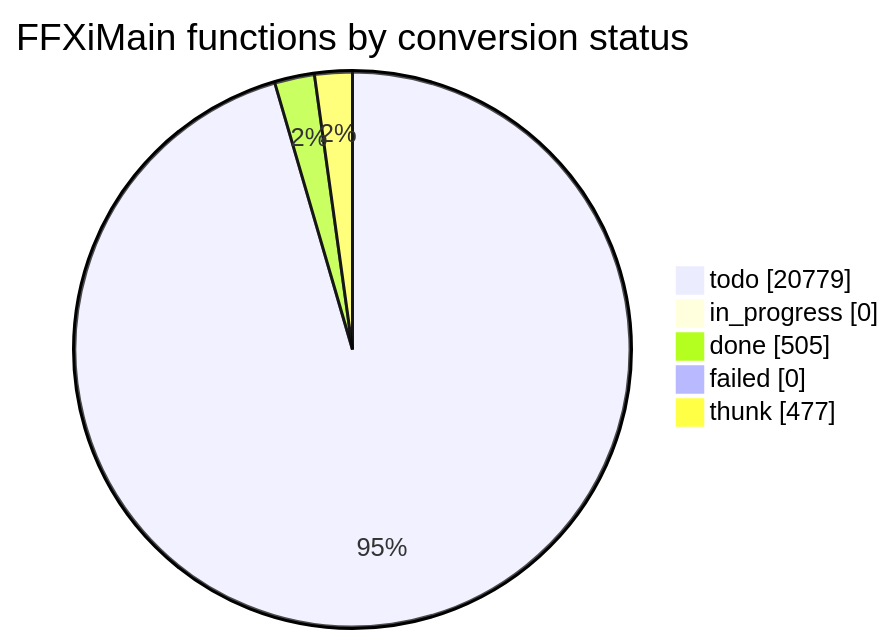
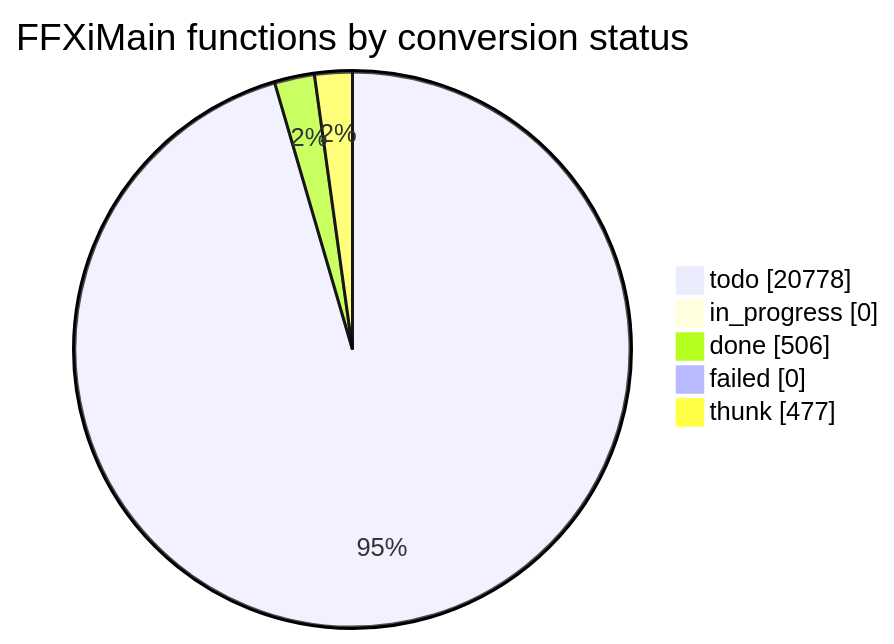
One commit to cowrevenge/cow_kuluu_xi_anything changed the diagram in docs/cow/STATUS.md. Above: the diagram before and after it, drawn with Mermaid. The commit also changed other lines of this file and 9 other files, not shown here.

````diff
--- a/docs/cow/STATUS.md
+++ b/docs/cow/STATUS.md
@@ -18,9 +18,9 @@
 ```mermaid
 pie showData
     title FFXiMain functions by conversion status
-    "todo" : 20779
+    "todo" : 20778
     "in_progress" : 0
-    "done" : 505
+    "done" : 506
     "failed" : 0
     "thunk" : 477
 ```
````
